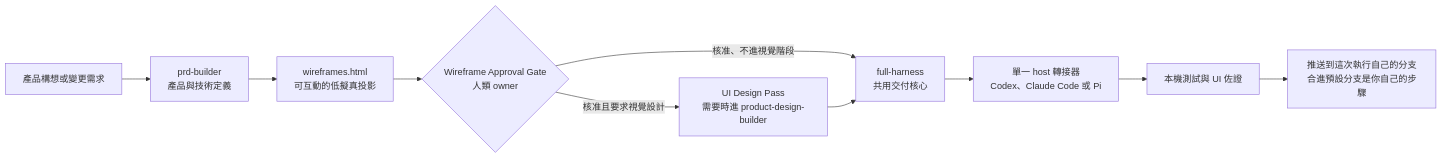
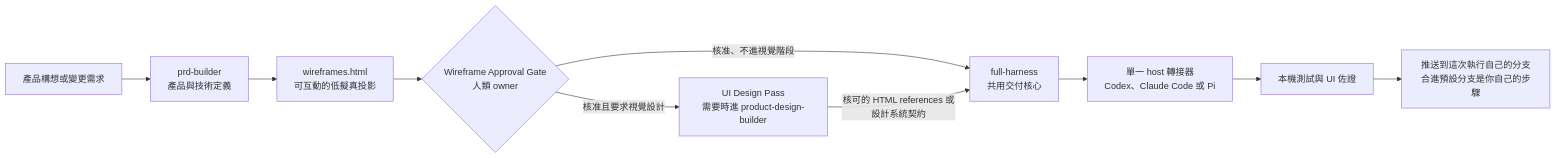
Before and after one commit to Phlegonlabs/product-delivery-harness: the first of 2 diagrams in README.zh-TW.md, drawn with Mermaid. The commit also changed other lines of this file and 2 other files, not shown here.

Commit message:
docs: document the HTML UI references flow in READMEs

````diff
--- a/README.zh-TW.md
+++ b/README.zh-TW.md
@@ -69,12 +70,12 @@
 ```mermaid
 flowchart LR
   Idea["產品構想或變更需求"] --> PRD["prd-builder\n產品與技術定義"]
   PRD --> Wireframe["wireframes.html\n可互動的低擬真投影"]
   Wireframe --> Gate{"Wireframe Approval Gate\n人類 owner"}
   Gate -->|"核准且要求視覺設計"| Design["UI Design Pass\n需要時進 product-design-builder"]
   Gate -->|"核准、不進視覺階段"| Harness["full-harness\n共用交付核心"]
-  Design --> Harness
+  Design -->|"核可的 HTML references 或設計系統契約"| Harness
   Harness --> Runtime["單一 host 轉接器\nCodex、Claude Code 或 Pi"]
   Runtime --> Evidence["本機測試與 UI 佐證"]
   Evidence --> Push["推送到這次執行自己的分支\n合進預設分支是你自己的步驟"]
 ```
````
